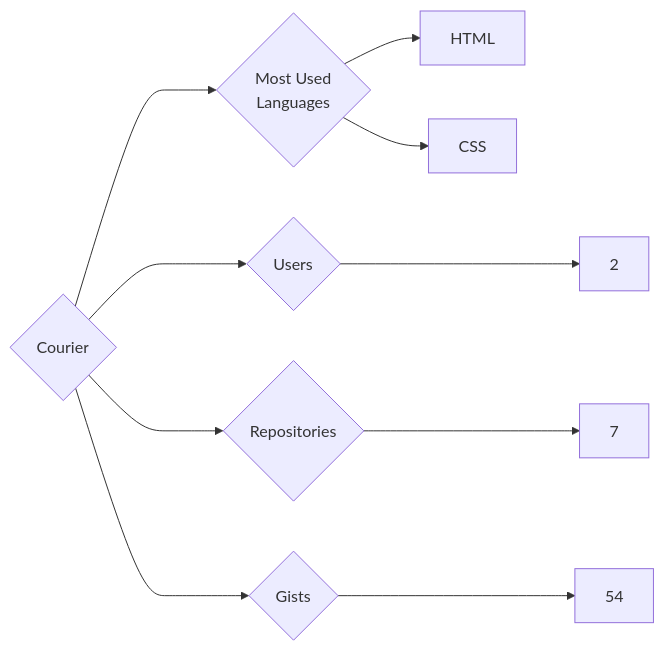
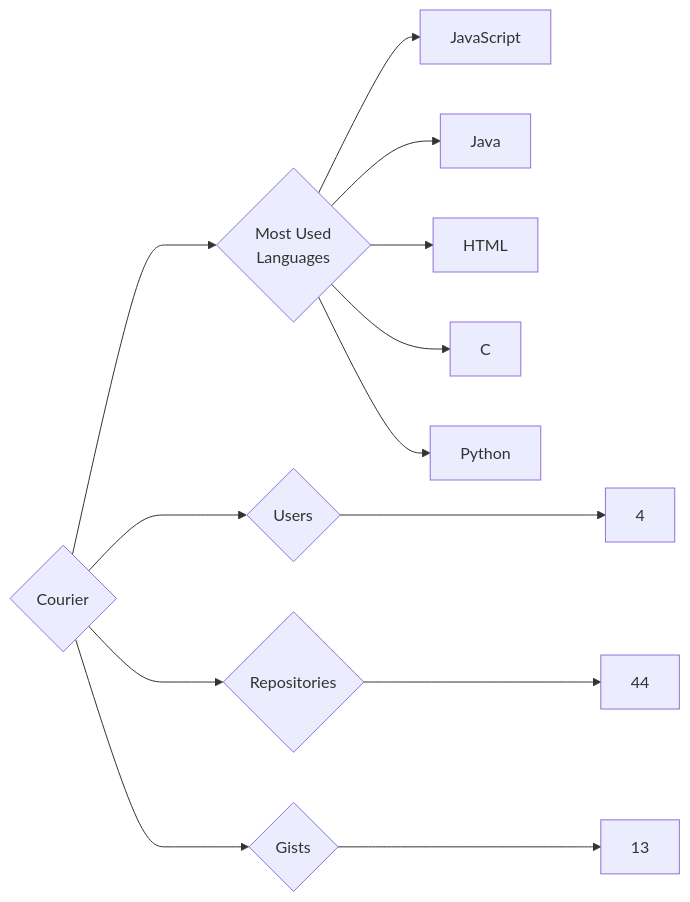
One commit to trickest/insiders changed the diagram in targets/Courier/README.md. Above: the diagram before and after it, drawn with Mermaid. The commit also changed 777 other files, not shown here.

````diff
--- a/targets/Courier/README.md
+++ b/targets/Courier/README.md
@@ -3,10 +3,13 @@
 ```mermaid
 graph LR
 COMPANY_NAME{Courier}
-COMPANY_NAME ---> U{Users} ---> UN[2]
-COMPANY_NAME ---> R{Repositories} ---> RN[7]
-COMPANY_NAME ---> G{Gists} ---> GN[54]
+COMPANY_NAME ---> U{Users} ---> UN[4]
+COMPANY_NAME ---> R{Repositories} ---> RN[44]
+COMPANY_NAME ---> G{Gists} ---> GN[13]
 COMPANY_NAME ---> ML{Most Used<br>Languages}
+ML --> JavaScript[JavaScript]
+ML --> Java[Java]
 ML --> HTML[HTML]
-ML --> CSS[CSS]
+ML --> C[C]
+ML --> Python[Python]
 ```
````
